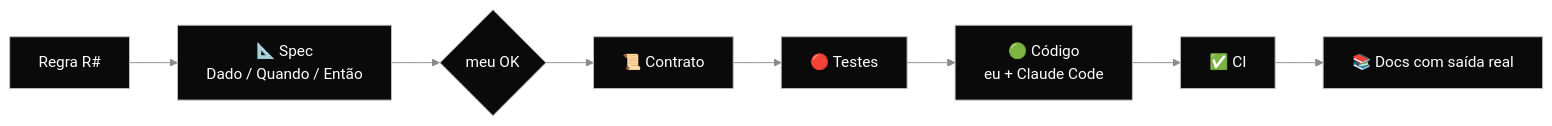
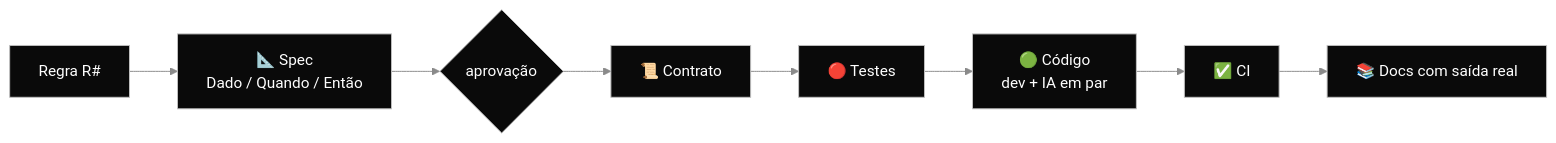
One commit to k3vinrich4rd/barbearia-altas-horas changed the fourth of 4 diagrams in README.md. Above: the diagram before and after it, drawn with Mermaid. The commit also changed other lines of this file, not shown here.

````diff
--- a/README.md
+++ b/README.md
@@ -351,11 +436,11 @@
 ```mermaid
 %%{init: {'theme':'base','themeVariables':{'primaryColor':'#0A0A0A','primaryTextColor':'#FFFFFF','primaryBorderColor':'#C0C0C0','lineColor':'#8A8A8A','fontFamily':'Helvetica, Arial, sans-serif'}}}%%
 flowchart LR
     R[Regra R#] --> S[📐 Spec<br/>Dado / Quando / Então]
-    S --> OK{meu OK}
+    S --> OK{aprovação}
     OK --> C[📜 Contrato]
     C --> T[🔴 Testes]
-    T --> I[🟢 Código<br/>eu + Claude Code]
+    T --> I[🟢 Código<br/>dev + IA em par]
     I --> V[✅ CI]
     V --> D[📚 Docs com saída real]
 ```
````
